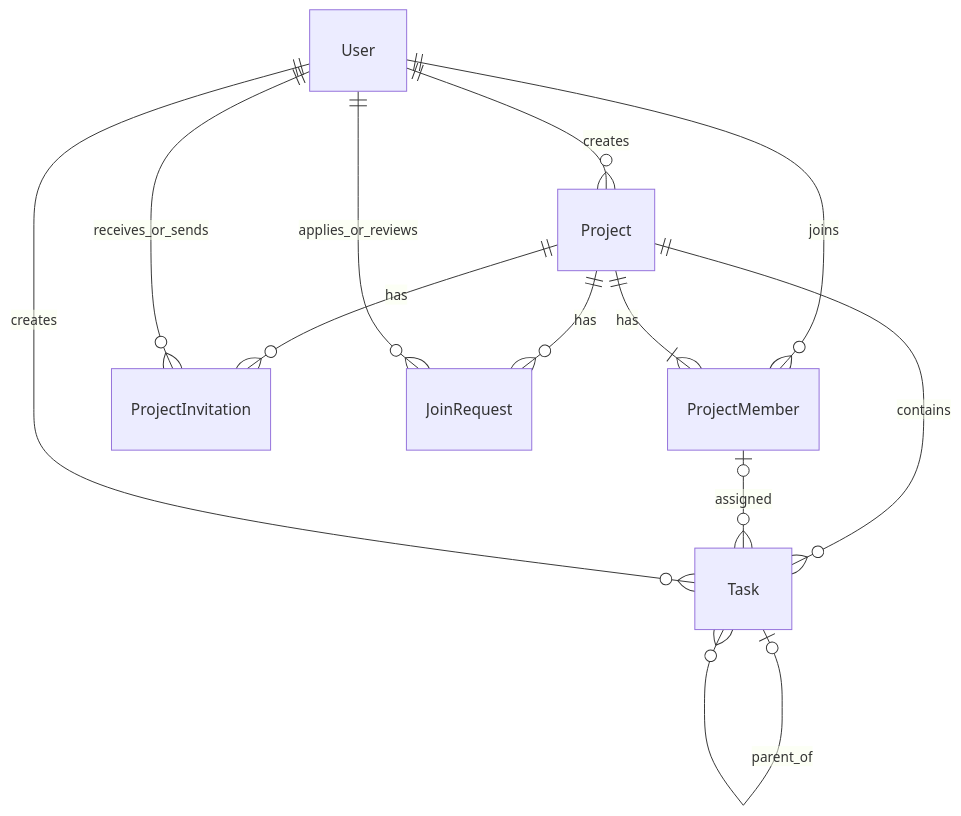
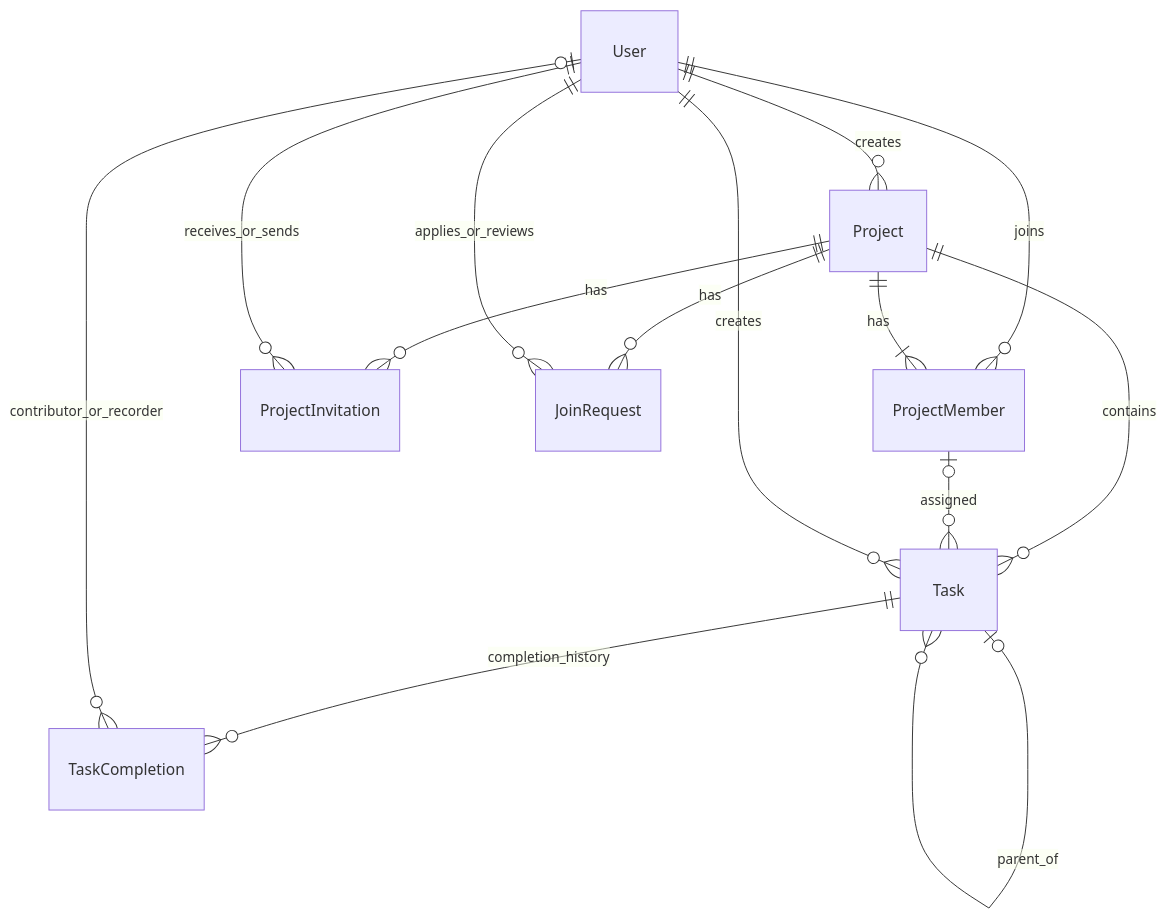
Before and after one commit to ZaraFatima123/collab-student-project: the diagram in README.md, drawn with Mermaid. The commit also changed other lines of this file and 21 other files, not shown here.

````diff
--- a/README.md
+++ b/README.md
@@ -126,14 +128,16 @@
 ```mermaid
 erDiagram
   User ||--o{ Project : creates
   User ||--o{ ProjectMember : joins
   Project ||--|{ ProjectMember : has
   Project ||--o{ ProjectInvitation : has
   User ||--o{ ProjectInvitation : receives_or_sends
   Project ||--o{ JoinRequest : has
   User ||--o{ JoinRequest : applies_or_reviews
   Project ||--o{ Task : contains
   ProjectMember o|--o{ Task : assigned
   User ||--o{ Task : creates
   Task o|--o{ Task : parent_of
+  Task ||--o{ TaskCompletion : completion_history
+  User o|--o{ TaskCompletion : contributor_or_recorder
 ```
````
